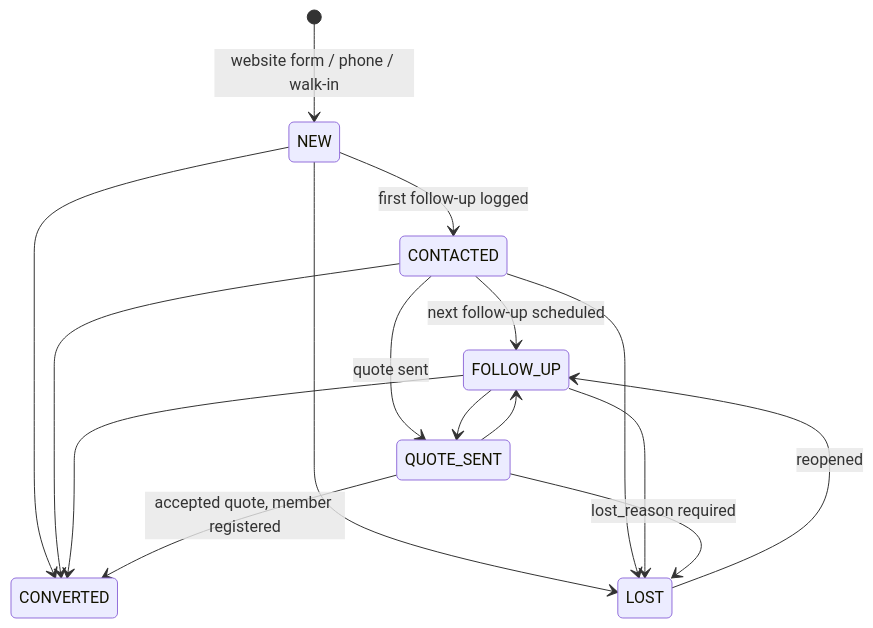
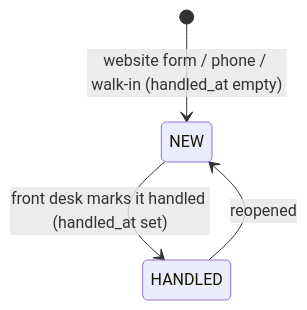
One commit to OjasPurohit/Meridian-Bay changed diagram 14 of 18 in docs/workflows/USER_FLOWS.md. Above: the diagram before and after it, drawn with Mermaid. The commit also changed other lines of this file and 276 other files, not shown here.

````diff
--- a/docs/workflows/USER_FLOWS.md
+++ b/docs/workflows/USER_FLOWS.md
@@ -322,18 +267,6 @@
 ```mermaid
 stateDiagram-v2
-  [*] --> NEW : website form / phone / walk-in
-  NEW --> CONTACTED : first follow-up logged
-  CONTACTED --> FOLLOW_UP : next follow-up scheduled
-  CONTACTED --> QUOTE_SENT : quote sent
-  FOLLOW_UP --> QUOTE_SENT
-  QUOTE_SENT --> FOLLOW_UP
-  NEW --> CONVERTED
-  CONTACTED --> CONVERTED
-  FOLLOW_UP --> CONVERTED
-  QUOTE_SENT --> CONVERTED : accepted quote, member registered
-  NEW --> LOST
-  CONTACTED --> LOST
-  FOLLOW_UP --> LOST
-  QUOTE_SENT --> LOST : lost_reason required
-  LOST --> FOLLOW_UP : reopened
+  [*] --> NEW : website form / phone / walk-in (handled_at empty)
+  NEW --> HANDLED : front desk marks it handled (handled_at set)
+  HANDLED --> NEW : reopened
 ```
````
